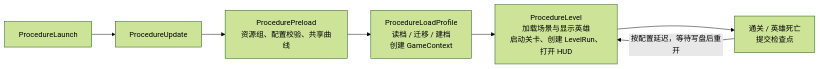
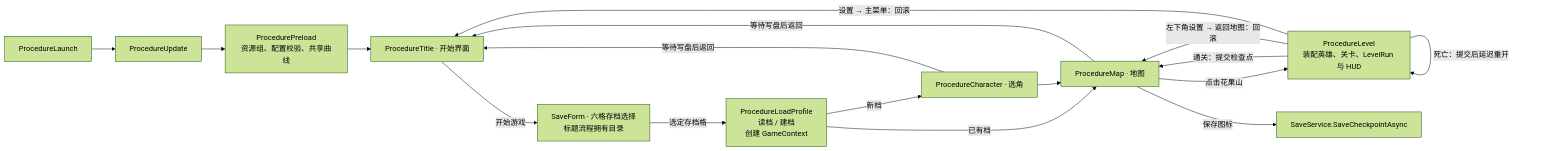
Before and after one commit to zheliku/GameZMXY: the second of 4 diagrams in Docs/ProjectTour.md, drawn with Mermaid (forest theme). The commit also changed other lines of this file and 305 other files, not shown here.

Commit message:
feat(ui): 实现入口菜单、存档与地图流程并重构事件体系,新增 开始、选角、地图、设置、六格存档 五个界面及对应流程

````diff
--- a/Docs/ProjectTour.md
+++ b/Docs/ProjectTour.md
@@ -47,9 +47,19 @@
 ```mermaid
 flowchart LR
     Launch[ProcedureLaunch] --> Update[ProcedureUpdate]
     Update --> Preload["ProcedurePreload<br/>资源组、配置校验、共享曲线"]
-    Preload --> Load["ProcedureLoadProfile<br/>读档 / 迁移 / 建档<br/>创建 GameContext"]
-    Load --> Level["ProcedureLevel<br/>加载场景与显示英雄<br/>启动关卡、创建 LevelRun、打开 HUD"]
-    Level --> End["通关 / 英雄死亡<br/>提交检查点"]
-    End -->|按配置延迟，等待写盘后重开| Level
+    Preload --> Title["ProcedureTitle · 开始界面"]
+    Title -->|开始游戏| Slots["SaveForm · 六格存档选择<br/>标题流程拥有目录"]
+    Slots -->|选定存档格| Load["ProcedureLoadProfile<br/>读档 / 建档<br/>创建 GameContext"]
+    Load -->|新档| Character["ProcedureCharacter · 选角"]
+    Load -->|已有档| Map
+    Character --> Map["ProcedureMap · 地图"]
+    Map -->|点击花果山| Level["ProcedureLevel<br/>装配英雄、关卡、LevelRun 与 HUD"]
+    Level -->|通关：提交检查点| Map
+    Level -->|左下角设置 → 返回地图：回滚| Map
+    Level -->|死亡：提交后延迟重开| Level
+    Map -->|保存图标| Checkpoint[SaveService.SaveCheckpointAsync]
+    Map -->|等待写盘后返回| Title
+    Level -->|设置 → 主菜单：回滚| Title
+    Character -->|等待写盘后返回| Title
 ```
````
